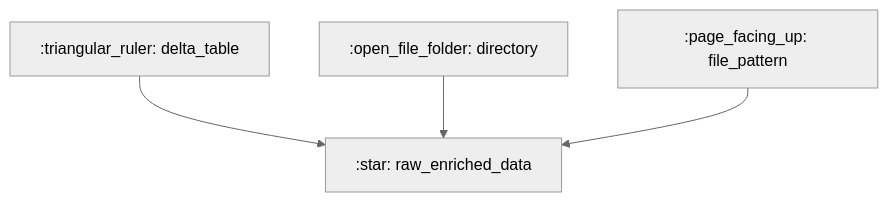
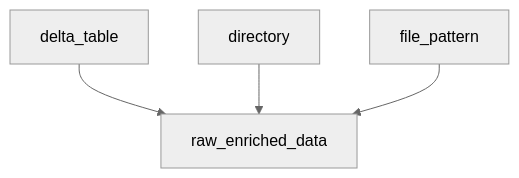
Before and after one commit to ThanuMahee12/AgentContext: diagram 17 of 22 in docs/brainstorms/investigation-db.md, drawn with Mermaid (neutral theme). The commit also changed other lines of this file, not shown here.

Commit message:
docs: remove emoji shortcodes from mermaid diagrams

````diff
--- a/docs/brainstorms/investigation-db.md
+++ b/docs/brainstorms/investigation-db.md
@@ -507,6 +507,6 @@
 ```mermaid
 flowchart TB
-    T[":triangular_ruler: delta_table"] --> D[":star: raw_enriched_data"]
-    DIR[":open_file_folder: directory"] --> D
-    P[":page_facing_up: file_pattern"] --> D
+    T["delta_table"] --> D["raw_enriched_data"]
+    DIR["directory"] --> D
+    P["file_pattern"] --> D
 ```
````
